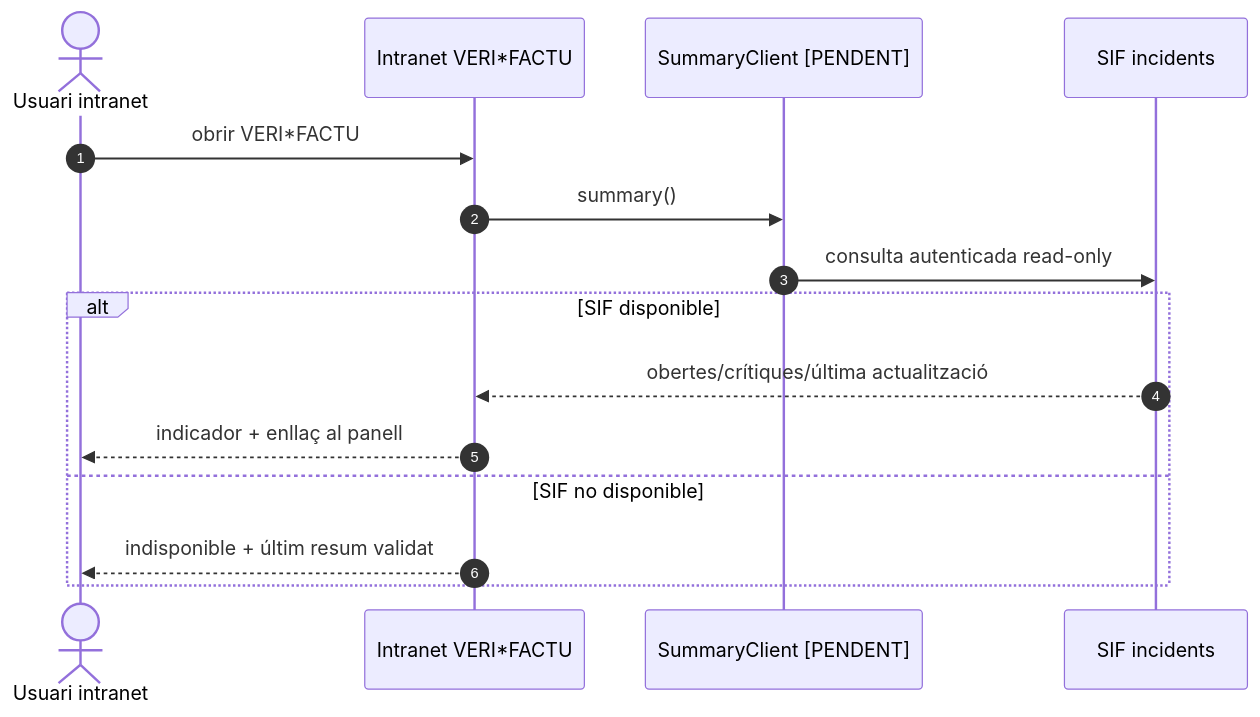
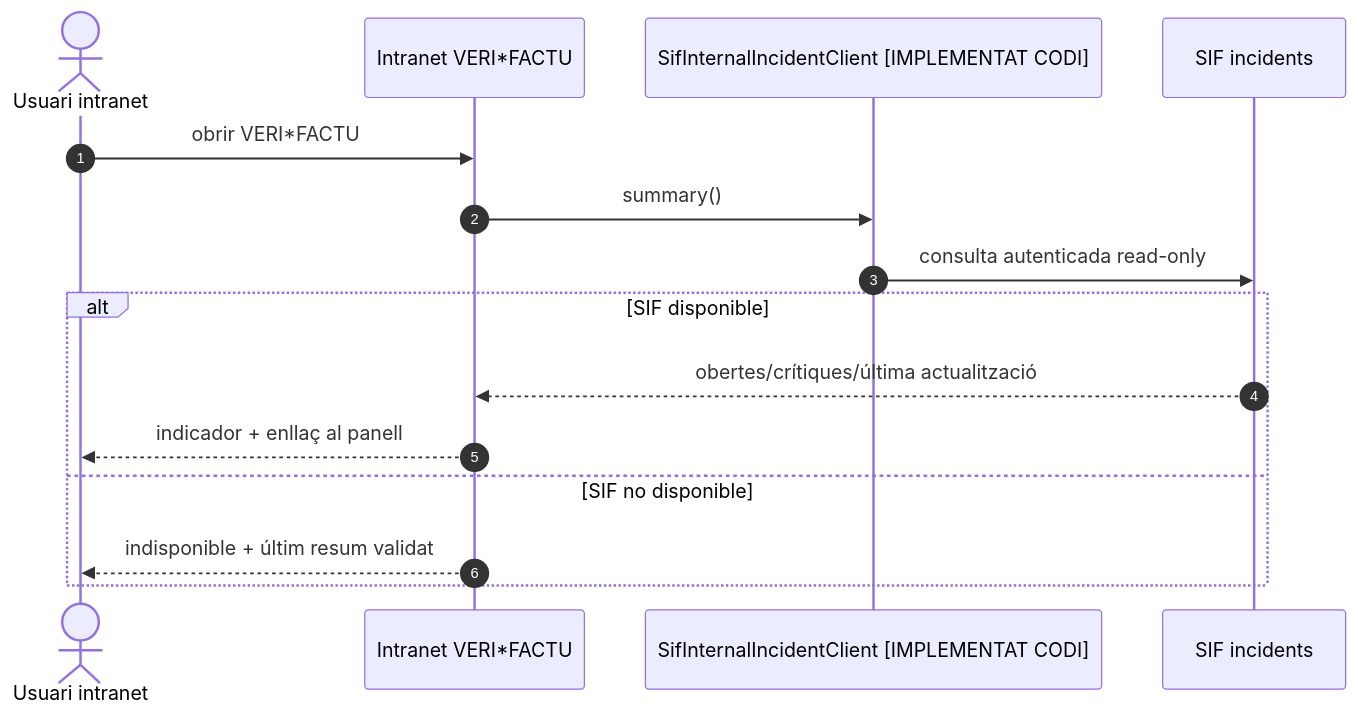
Before and after one commit to orgmeriemprismacat-del/verifactu: the seventh of 7 diagrams in documentacio/07-uml-integrat/uc-008-sequencies-actual-final.md, drawn with Mermaid. The commit also changed other lines of this file, not shown here.

````diff
--- a/documentacio/07-uml-integrat/uc-008-sequencies-actual-final.md
+++ b/documentacio/07-uml-integrat/uc-008-sequencies-actual-final.md
@@ -189,18 +189,18 @@
 ```mermaid
 sequenceDiagram
 autonumber
 actor U as Usuari intranet
 participant IN as Intranet VERI*FACTU
-participant C as SummaryClient [PENDENT]
+participant C as SifInternalIncidentClient [IMPLEMENTAT CODI]
 participant S as SIF incidents
 
 U->>IN: obrir VERI*FACTU
 IN->>C: summary()
 C->>S: consulta autenticada read-only
 alt SIF disponible
   S-->>IN: obertes/crítiques/última actualització
   IN-->>U: indicador + enllaç al panell
 else SIF no disponible
   IN-->>U: indisponible + últim resum validat
 end
 ```
````
